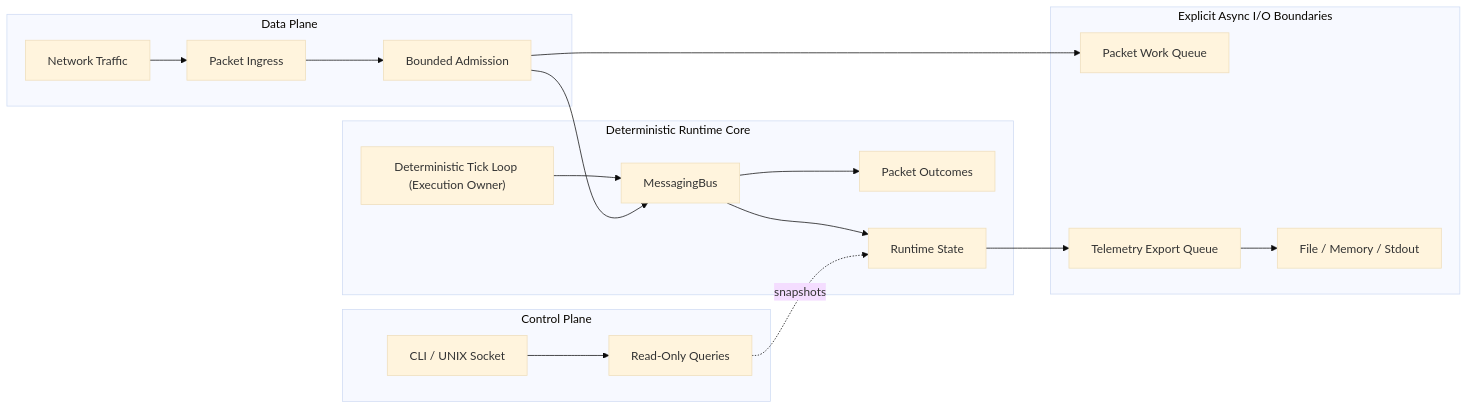
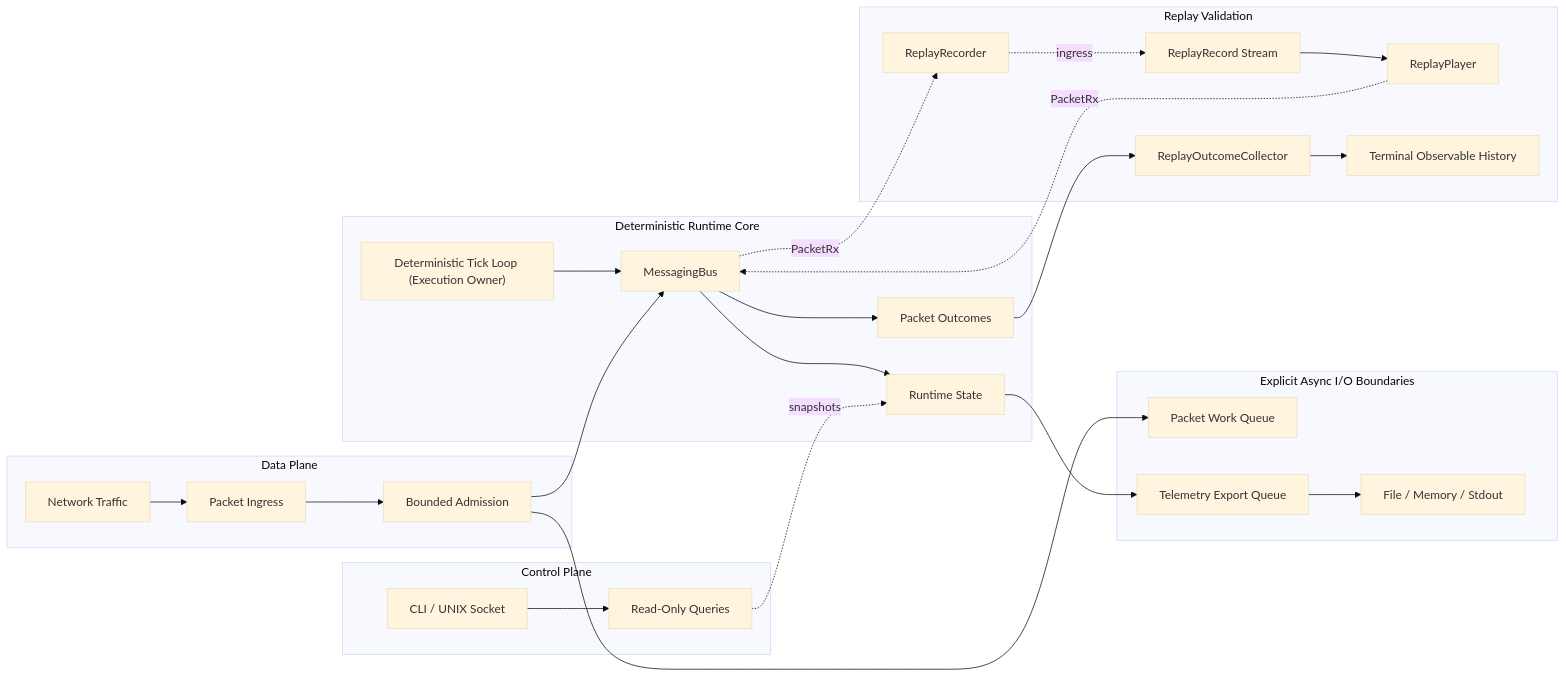
The diagram in README.md (togunchan/EdgeNetSwitch), drawn with Mermaid (base theme) before and after one commit. The commit also changed other lines of this file and 6 other files, not shown here.

Commit message:
docs(runtime): finalize replay determinism architecture for v1.8.9

````diff
--- a/README.md
+++ b/README.md
@@ -41,25 +44,35 @@
 ```mermaid
 flowchart LR
     subgraph Data["Data Plane"]
         Traffic["Network Traffic"] --> Ingress["Packet Ingress"]
         Ingress --> Admission["Bounded Admission"]
     end
 
     subgraph Core["Deterministic Runtime Core"]
         Tick["Deterministic Tick Loop (Execution Owner)"] --> Bus["MessagingBus"]
         Admission --> Bus
         Bus --> Outcomes["Packet Outcomes"]
         Bus --> State["Runtime State"]
     end
 
+    subgraph Replay["Replay Validation"]
+        Recorder["ReplayRecorder"] -. ingress .-> Records["ReplayRecord Stream"]
+        Records --> Player["ReplayPlayer"]
+        Outcomes --> Collector["ReplayOutcomeCollector"]
+        Collector --> History["Terminal Observable History"]
+    end
+
     subgraph Control["Control Plane"]
         Operator["CLI / UNIX Socket"] --> Queries["Read-Only Queries"]
         Queries -. snapshots .-> State
     end
+
+    Bus -. PacketRx .-> Recorder
+    Player -. PacketRx .-> Bus
 
     subgraph Async["Explicit Async I/O Boundaries"]
         Admission --> WorkQueue["Packet Work Queue"]
         State --> ExportQueue["Telemetry Export Queue"]
         ExportQueue --> Exporters["File / Memory / Stdout"]
     end
 ```
````
